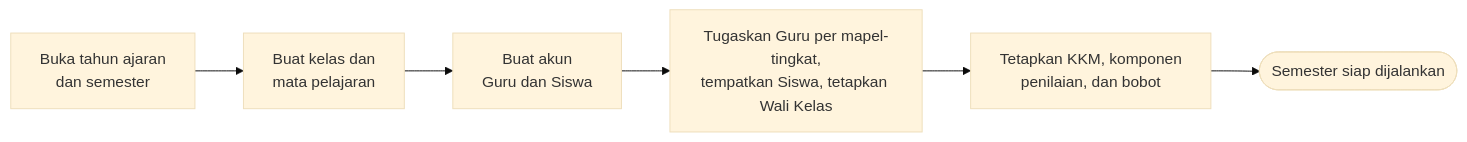
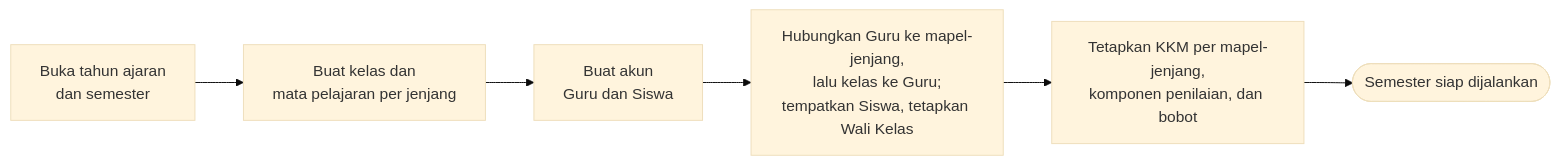
One commit to Korean-Asean-Digital-Academy-Batch-4/Docs changed the first of 5 diagrams in PRD.md. Above: the diagram before and after it, drawn with Mermaid (base theme). The commit also changed other lines of this file, not shown here.

First line of the commit message:
docs(prd): tetapkan struktur mapel-jenjang dan alur sesi presensi (v2.2)

````diff
--- a/PRD.md
+++ b/PRD.md
@@ -169,10 +171,10 @@
 ```mermaid
 flowchart LR
     A["Buka tahun ajaran<br/>dan semester"]
-    B["Buat kelas dan<br/>mata pelajaran"]
+    B["Buat kelas dan<br/>mata pelajaran per jenjang"]
     C["Buat akun<br/>Guru dan Siswa"]
-    D["Tugaskan Guru per mapel-tingkat,<br/>tempatkan Siswa, tetapkan Wali Kelas"]
-    E["Tetapkan KKM, komponen<br/>penilaian, dan bobot"]
+    D["Hubungkan Guru ke mapel-jenjang,<br/>lalu kelas ke Guru;<br/>tempatkan Siswa, tetapkan Wali Kelas"]
+    E["Tetapkan KKM per mapel-jenjang,<br/>komponen penilaian, dan bobot"]
     F(["Semester siap dijalankan"])
     A --> B --> C --> D --> E --> F
 ```
````
